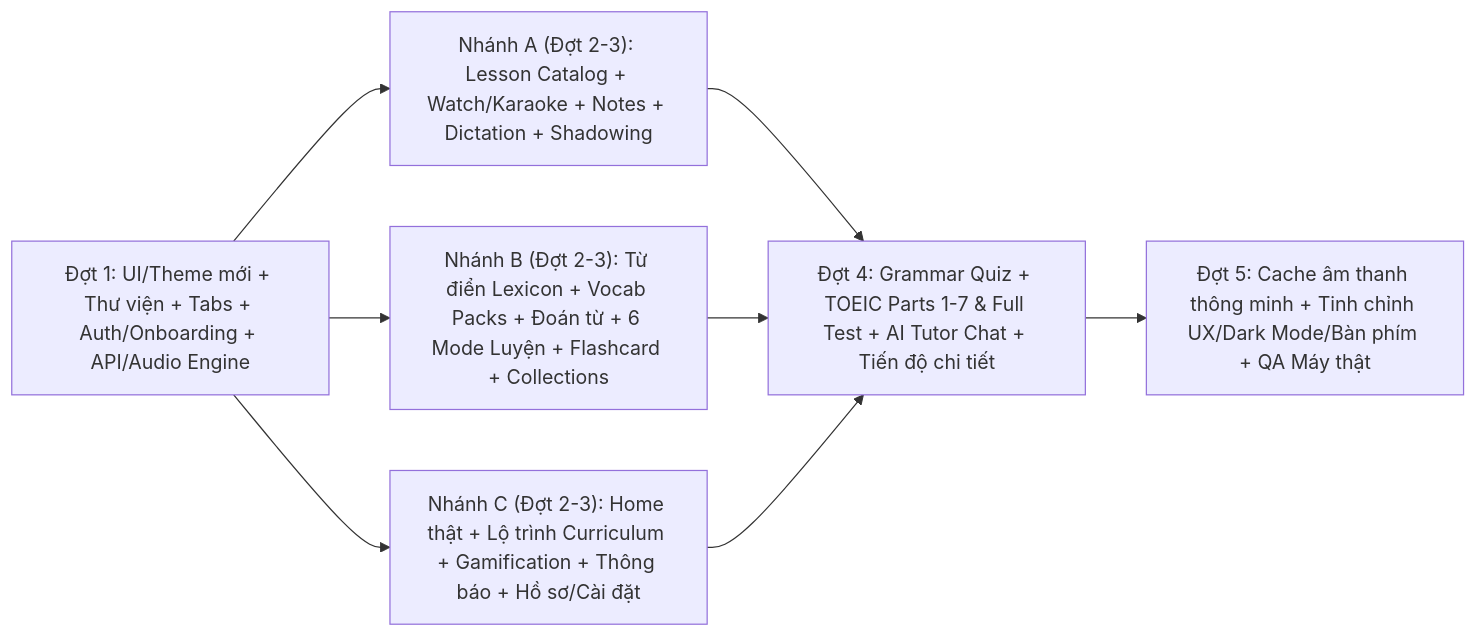
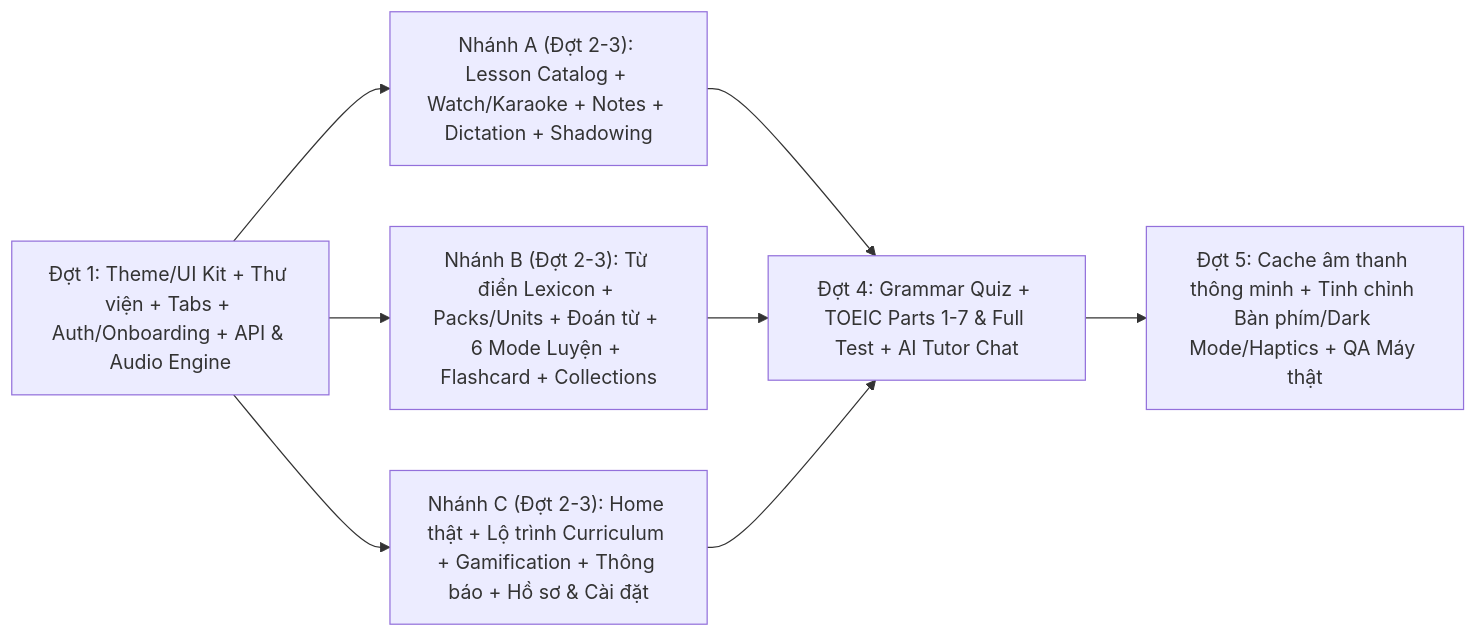
Before and after one commit to nrin31266/lyreo-platform: the diagram in docs/mobile/HANDOFF_AND_BACKLOG.md, drawn with Mermaid. The commit also changed other lines of this file, not shown here.

````diff
--- a/docs/mobile/HANDOFF_AND_BACKLOG.md
+++ b/docs/mobile/HANDOFF_AND_BACKLOG.md
@@ -254,10 +198,10 @@
 ```mermaid
 flowchart LR
-  D1["Đợt 1: UI/Theme mới + Thư viện + Tabs + Auth/Onboarding + API/Audio Engine"] --> N1["Nhánh A (Đợt 2-3): Lesson Catalog + Watch/Karaoke + Notes + Dictation + Shadowing"]
-  D1 --> N2["Nhánh B (Đợt 2-3): Từ điển Lexicon + Vocab Packs + Đoán từ + 6 Mode Luyện + Flashcard + Collections"]
-  D1 --> N3["Nhánh C (Đợt 2-3): Home thật + Lộ trình Curriculum + Gamification + Thông báo + Hồ sơ/Cài đặt"]
-  N1 --> D4["Đợt 4: Grammar Quiz + TOEIC Parts 1-7 & Full Test + AI Tutor Chat + Tiến độ chi tiết"]
+  D1["Đợt 1: Theme/UI Kit + Thư viện + Tabs + Auth/Onboarding + API & Audio Engine"] --> N1["Nhánh A (Đợt 2-3): Lesson Catalog + Watch/Karaoke + Notes + Dictation + Shadowing"]
+  D1 --> N2["Nhánh B (Đợt 2-3): Từ điển Lexicon + Packs/Units + Đoán từ + 6 Mode Luyện + Flashcard + Collections"]
+  D1 --> N3["Nhánh C (Đợt 2-3): Home thật + Lộ trình Curriculum + Gamification + Thông báo + Hồ sơ & Cài đặt"]
+  N1 --> D4["Đợt 4: Grammar Quiz + TOEIC Parts 1-7 & Full Test + AI Tutor Chat"]
   N2 --> D4
   N3 --> D4
-  D4 --> D5["Đợt 5: Cache âm thanh thông minh + Tinh chỉnh UX/Dark Mode/Bàn phím + QA Máy thật"]
+  D4 --> D5["Đợt 5: Cache âm thanh thông minh + Tinh chỉnh Bàn phím/Dark Mode/Haptics + QA Máy thật"]
 ```
````
